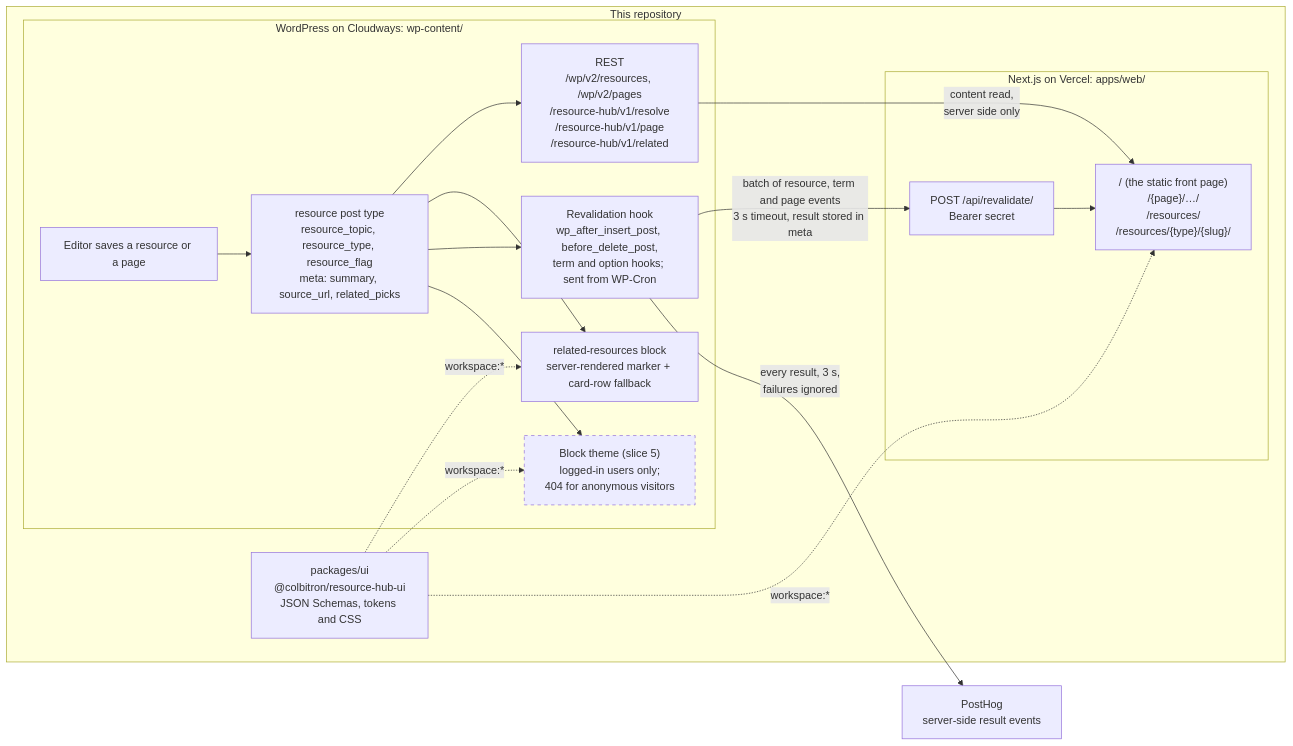
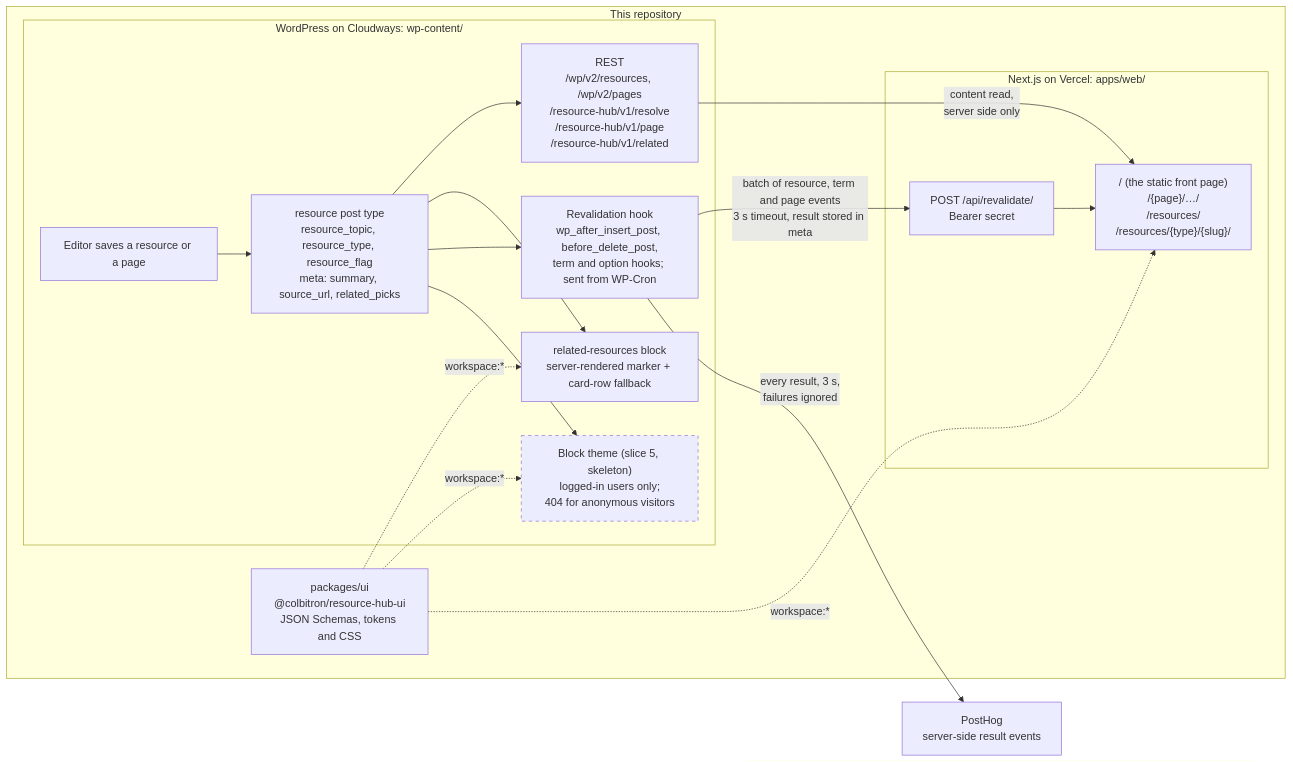
One commit to Colbitron/resource-hub-wp changed the diagram in README.md. Above: the diagram before and after it, drawn with Mermaid. The commit also changed other lines of this file and 3 other files, not shown here.

First line of the commit message:
Describe the theme skeleton where the docs said it did not exist

````diff
--- a/README.md
+++ b/README.md
@@ -54,38 +55,38 @@
 ```mermaid
 flowchart LR
     subgraph repo["This repository"]
         subgraph wp["WordPress on Cloudways: wp-content/"]
             editor["Editor saves a resource or a page"]
             cpt["resource post type<br/>resource_topic, resource_type, resource_flag<br/>meta: summary, source_url, related_picks"]
             rest["REST<br/>/wp/v2/resources, /wp/v2/pages<br/>/resource-hub/v1/resolve<br/>/resource-hub/v1/page<br/>/resource-hub/v1/related"]
             block["related-resources block<br/>server-rendered marker + card-row fallback"]
             hook["Revalidation hook<br/>wp_after_insert_post, before_delete_post,<br/>term and option hooks; sent from WP-Cron"]
-            theme["Block theme (slice 5)<br/>logged-in users only;<br/>404 for anonymous visitors"]
+            theme["Block theme (slice 5, skeleton)<br/>logged-in users only;<br/>404 for anonymous visitors"]
             editor --> cpt
             cpt --> rest
             cpt --> block
             cpt --> hook
             cpt --> theme
         end
 
         ui["packages/ui<br/>@colbitron/resource-hub-ui<br/>JSON Schemas, tokens and CSS"]
 
         subgraph next["Next.js on Vercel: apps/web/"]
             api["POST /api/revalidate/<br/>Bearer secret"]
             pages["/ (the static front page)<br/>/{page}/…/<br/>/resources/<br/>/resources/{type}/{slug}/"]
             api --> pages
         end
     end
 
     posthog["PostHog<br/>server-side result events"]
 
     rest -->|"content read,<br/>server side only"| pages
     hook -->|"batch of resource, term and page events<br/>3 s timeout, result stored in meta"| api
     hook -->|"every result, 3 s,<br/>failures ignored"| posthog
     ui -.->|"workspace:*"| block
     ui -.->|"workspace:*"| theme
     ui -.->|"workspace:*"| pages
 
     classDef planned stroke-dasharray: 5 5
     class theme planned
 ```
````
